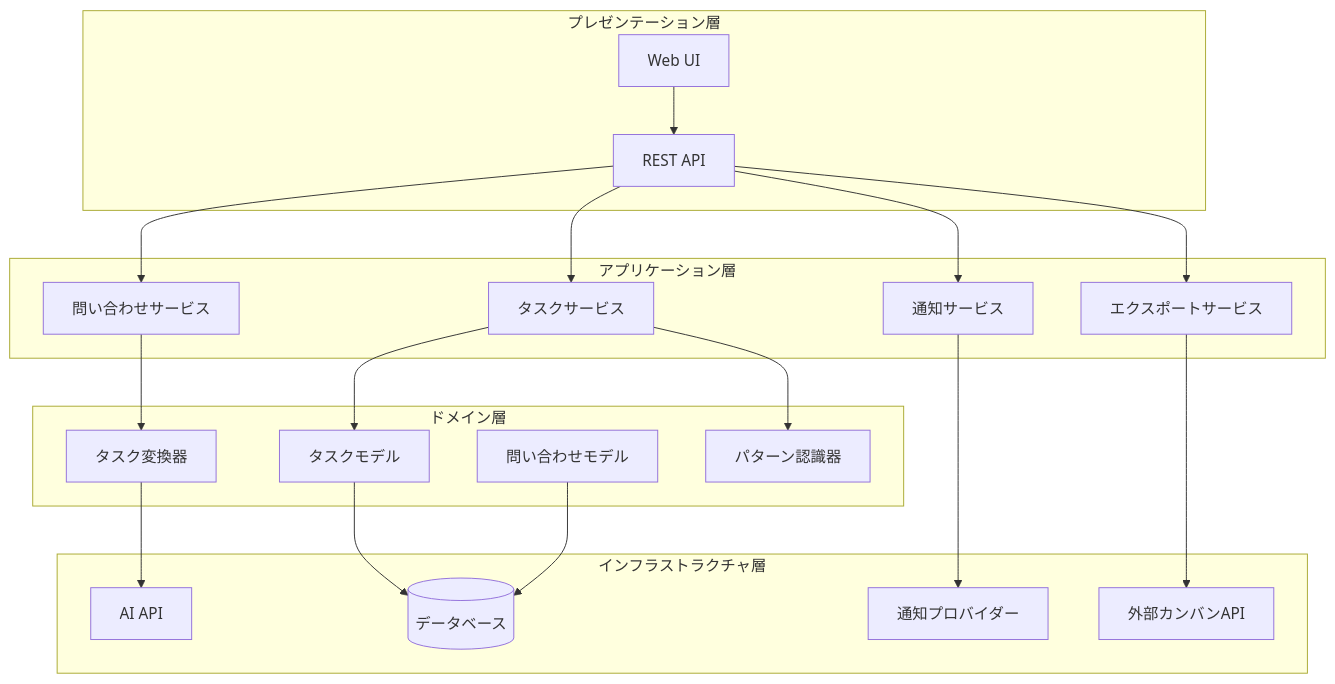
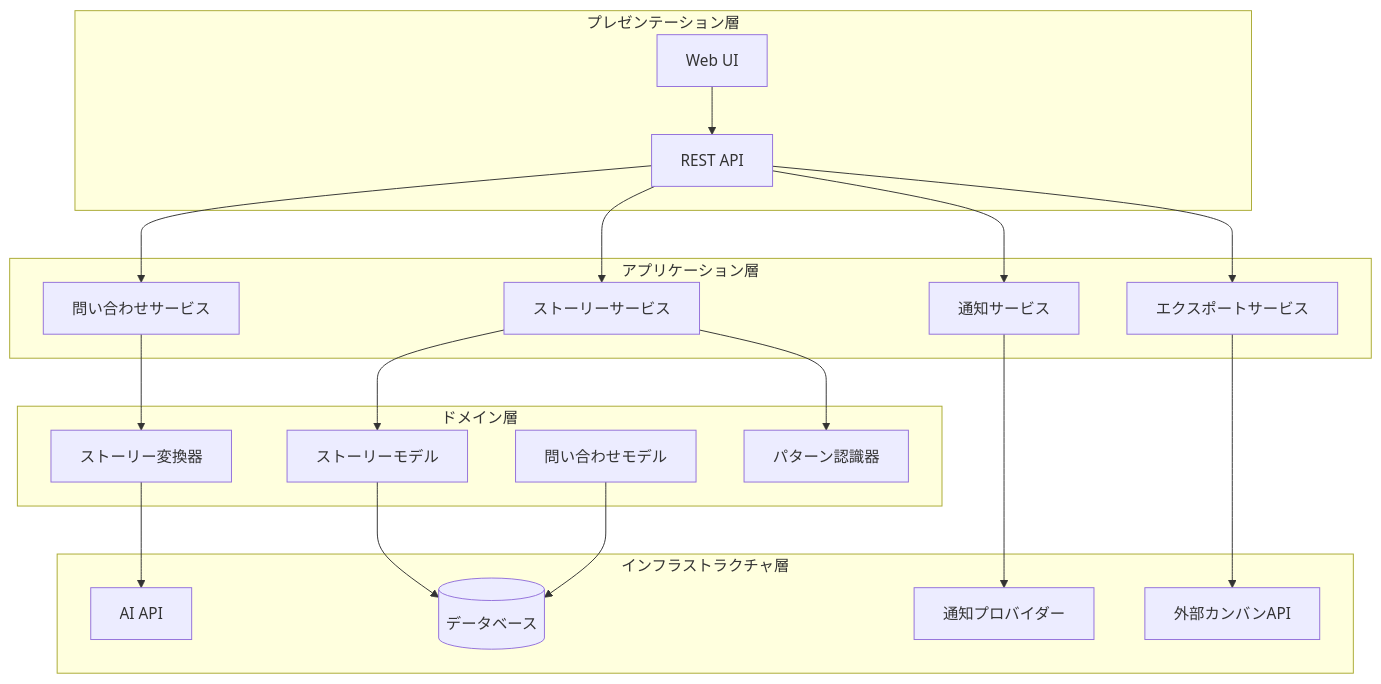
One commit to ohr486/ghost-squad changed the diagram in .kiro/specs/storyboard/design.md. Above: the diagram before and after it, drawn with Mermaid. The commit also changed other lines of this file and 43 other files, not shown here.

````diff
--- a/.kiro/specs/storyboard/design.md
+++ b/.kiro/specs/storyboard/design.md
@@ -11,44 +11,44 @@
 ```mermaid
 graph TB
     subgraph "プレゼンテーション層"
         UI[Web UI]
         API[REST API]
     end
     
     subgraph "アプリケーション層"
         IS[問い合わせサービス]
-        TS[タスクサービス]
+        SS[ストーリーサービス]
         NS[通知サービス]
         ES[エクスポートサービス]
     end
     
     subgraph "ドメイン層"
-        TC[タスク変換器]
-        TM[タスクモデル]
+        SC[ストーリー変換器]
+        SM[ストーリーモデル]
         IM[問い合わせモデル]
         PR[パターン認識器]
     end
     
     subgraph "インフラストラクチャ層"
         DB[(データベース)]
         AI[AI API]
         EXT[外部カンバンAPI]
         NOTIF[通知プロバイダー]
     end
     
     UI --> API
     API --> IS
-    API --> TS
+    API --> SS
     API --> NS
     API --> ES
     
-    IS --> TC
-    TS --> TM
-    TS --> PR
+    IS --> SC
+    SS --> SM
+    SS --> PR
     
-    TC --> AI
-    TM --> DB
+    SC --> AI
+    SM --> DB
     IM --> DB
     ES --> EXT
     NS --> NOTIF
 ```
````
